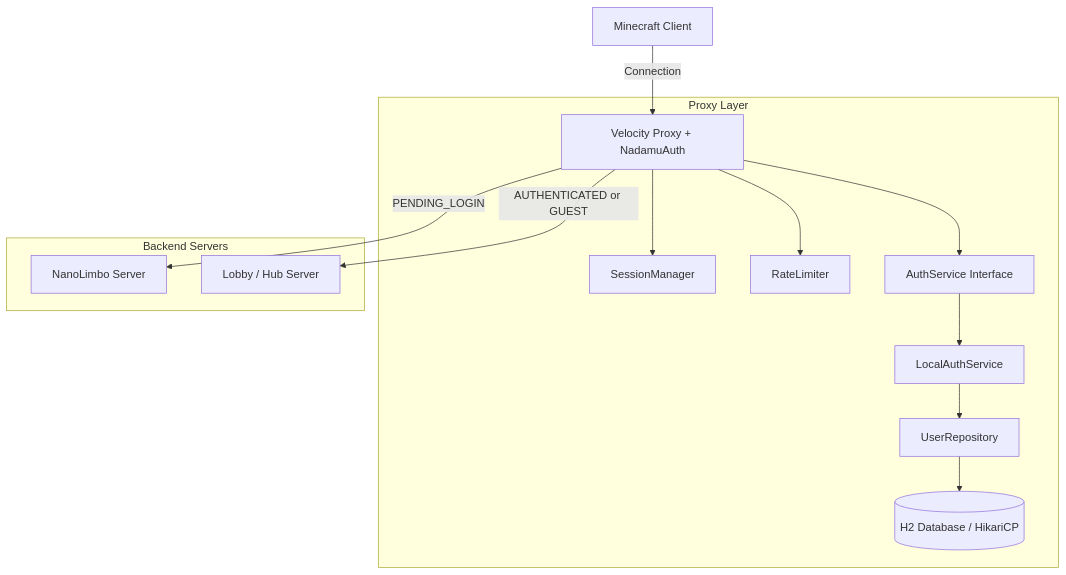
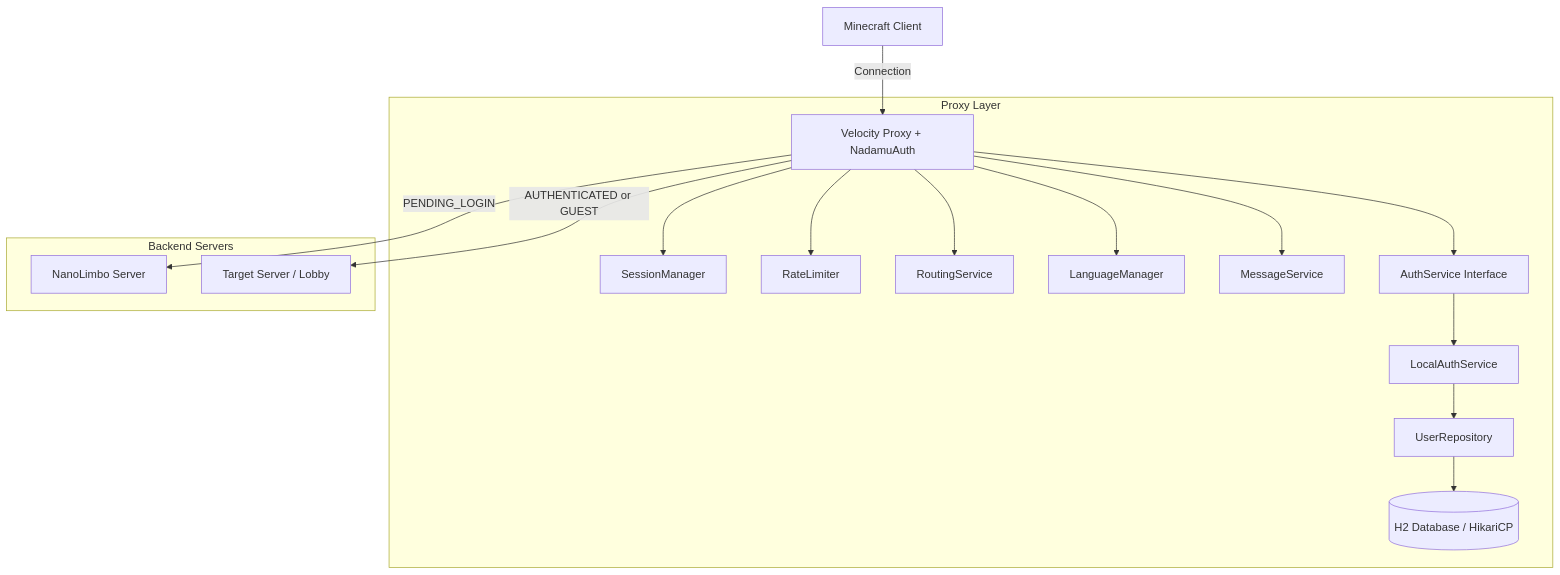
Before and after one commit to DanyaNADAMU/nadamu-auth: the first of 2 diagrams in docs/architecture/overview.md, drawn with Mermaid. The commit also changed other lines of this file and 5 other files, not shown here.

````diff
--- a/docs/architecture/overview.md
+++ b/docs/architecture/overview.md
@@ -7,18 +7,21 @@
 ```mermaid
 graph TD
     Client[Minecraft Client] -->|Connection| Velocity[Velocity Proxy + NadamuAuth]
     
     subgraph Proxy Layer
         Velocity --> SessionMgr[SessionManager]
         Velocity --> RateLimiter[RateLimiter]
+        Velocity --> RoutingSvc[RoutingService]
+        Velocity --> LangMgr[LanguageManager]
+        Velocity --> MsgSvc[MessageService]
         Velocity --> AuthService[AuthService Interface]
         AuthService --> LocalAuth[LocalAuthService]
         LocalAuth --> UserRepo[UserRepository]
         UserRepo --> DB[(H2 Database / HikariCP)]
     end
 
     subgraph Backend Servers
         Velocity -->|PENDING_LOGIN| NanoLimbo[NanoLimbo Server]
-        Velocity -->|AUTHENTICATED or GUEST| Lobby[Lobby / Hub Server]
+        Velocity -->|AUTHENTICATED or GUEST| TargetServer[Target Server / Lobby]
     end
 ```
````
